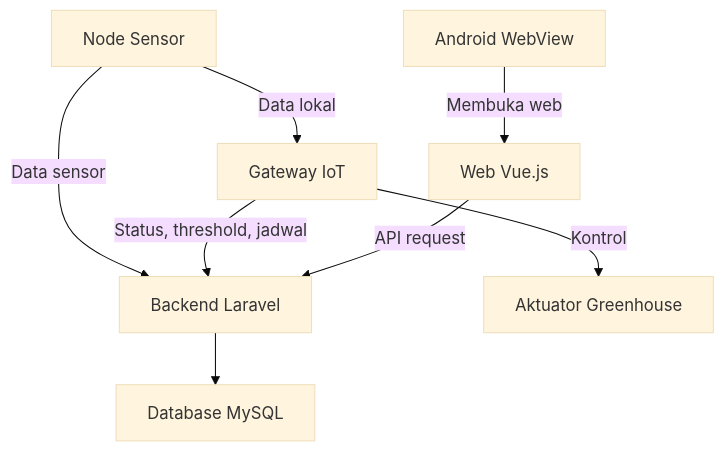
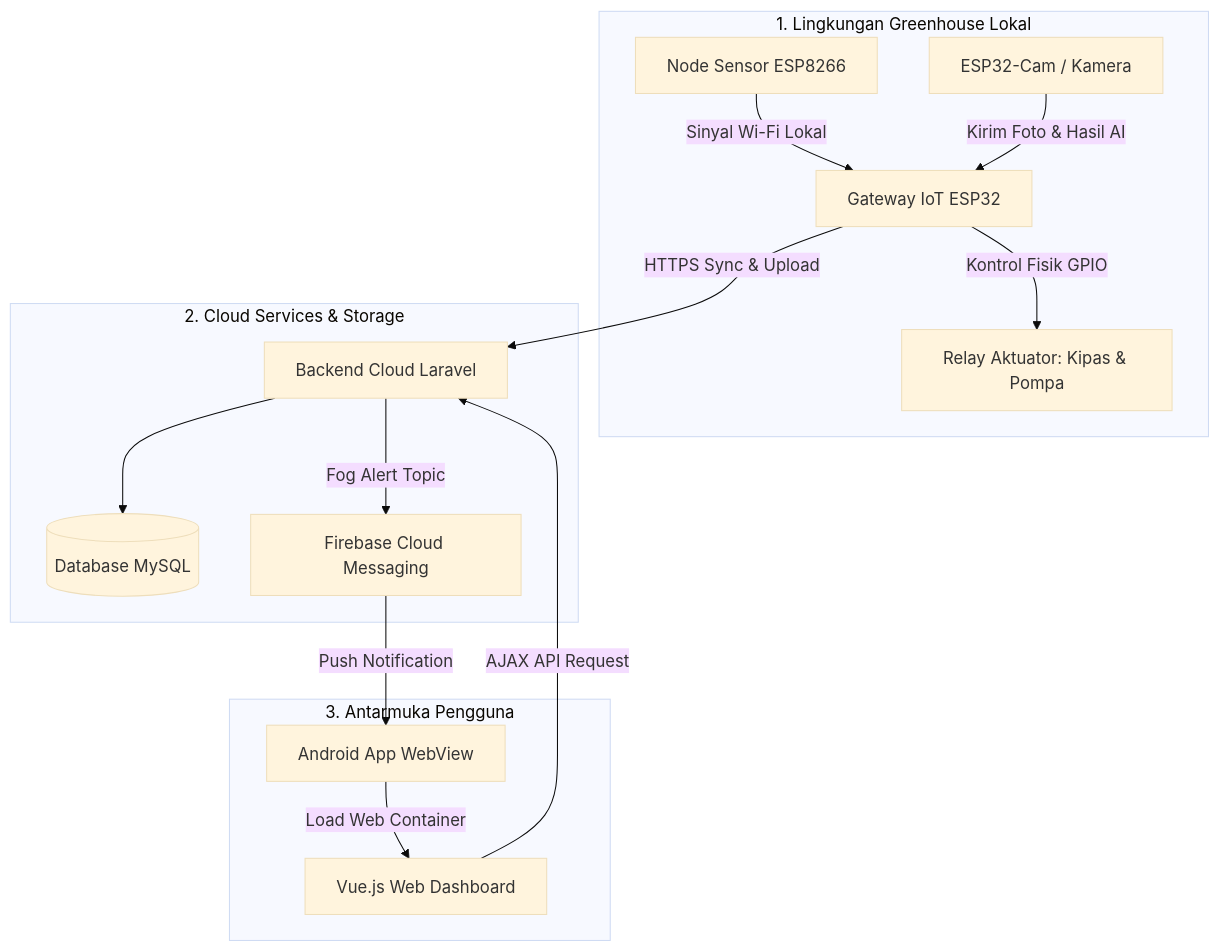
One commit to dhimasardinata/ta-iot-greenhouse-docs changed the diagram in src/content/docs/04-system-architecture/overview.md. Above: the diagram before and after it, drawn with Mermaid (base theme). The commit also changed other lines of this file and 30 other files, not shown here.

````diff
--- a/src/content/docs/04-system-architecture/overview.md
+++ b/src/content/docs/04-system-architecture/overview.md
@@ -25,10 +17,32 @@
 ```mermaid
 flowchart TD
-    N[Node Sensor] -->|Data sensor| C[Backend Laravel]
-    N -->|Data lokal| G[Gateway IoT]
-    G -->|Status, threshold, jadwal| C
-    C --> D[Database MySQL]
-    W[Web Vue.js] -->|API request| C
-    A[Android WebView] -->|Membuka web| W
-    G -->|Kontrol| ACT[Aktuator Greenhouse]
+    subgraph Lapangan [1. Lingkungan Greenhouse Lokal]
+        Node[Node Sensor ESP8266]
+        Cam[ESP32-Cam / Kamera]
+        Gateway[Gateway IoT ESP32]
+        Act[Relay Aktuator: Kipas & Pompa]
+
+        Node -->|Sinyal Wi-Fi Lokal| Gateway
+        Cam -->|Kirim Foto & Hasil AI| Gateway
+        Gateway -->|Kontrol Fisik GPIO| Act
+    end
+
+    subgraph Server [2. Cloud Services & Storage]
+        Laravel[Backend Cloud Laravel]
+        Db[(Database MySQL)]
+        Fcm[Firebase Cloud Messaging]
+
+        Gateway -->|HTTPS Sync & Upload| Laravel
+        Laravel --> Db
+        Laravel -->|Fog Alert Topic| Fcm
+    end
+
+    subgraph Client [3. Antarmuka Pengguna]
+        Vue[Vue.js Web Dashboard]
+        Android[Android App WebView]
+
+        Vue -->|AJAX API Request| Laravel
+        Android -->|Load Web Container| Vue
+        Fcm -->|Push Notification| Android
+    end
 ```
````
